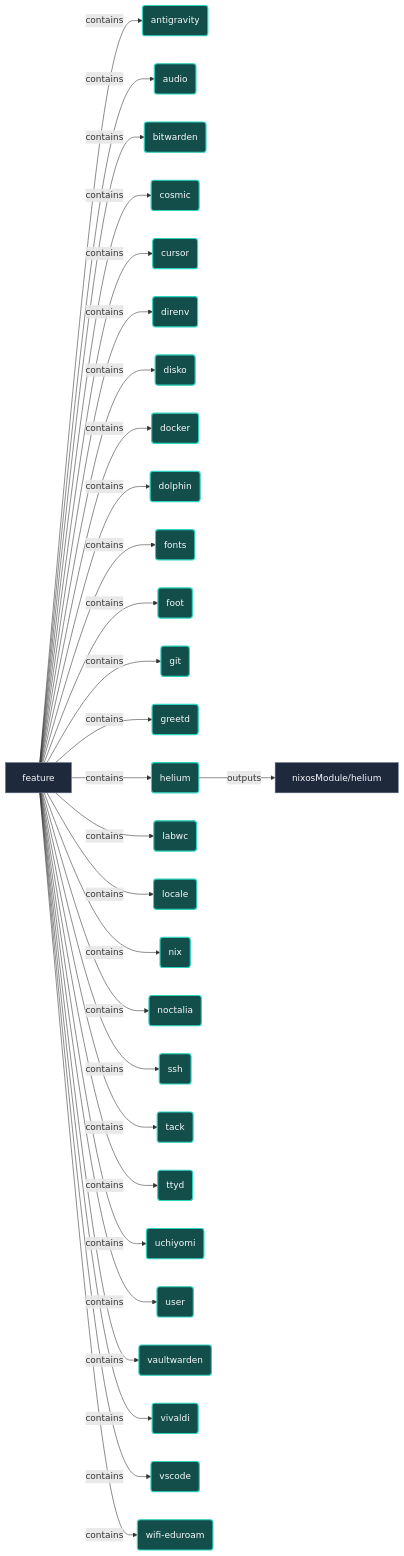
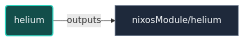
The diagram in docs/features/helium.md (LW-54/nixconf), drawn with Mermaid before and after one commit. The commit also changed other lines of this file and 180 other files, not shown here.

Commit message:
docs: refactor and polish documentation system architecture

````diff
--- a/docs/features/helium.md
+++ b/docs/features/helium.md
@@ -15,93 +13,13 @@
 ```mermaid
 flowchart LR
   urn__nixconf__ast__module__helium["nixosModule/helium"]:::defaultNode
-    urn__nixconf__onto__feature__antigravity("antigravity"):::featureNode
-    urn__nixconf__onto__feature__audio("audio"):::featureNode
-    urn__nixconf__onto__feature__bitwarden("bitwarden"):::featureNode
-    urn__nixconf__onto__feature__cosmic("cosmic"):::featureNode
-    urn__nixconf__onto__feature__cursor("cursor"):::featureNode
-    urn__nixconf__onto__feature__direnv("direnv"):::featureNode
-    urn__nixconf__onto__feature__disko("disko"):::featureNode
-    urn__nixconf__onto__feature__docker("docker"):::featureNode
-    urn__nixconf__onto__feature__dolphin("dolphin"):::featureNode
-    urn__nixconf__onto__feature__fonts("fonts"):::featureNode
-    urn__nixconf__onto__feature__foot("foot"):::featureNode
-    urn__nixconf__onto__feature__git("git"):::featureNode
-    urn__nixconf__onto__feature__greetd("greetd"):::featureNode
     urn__nixconf__onto__feature__helium("helium"):::featureNode
-    urn__nixconf__onto__feature__labwc("labwc"):::featureNode
-    urn__nixconf__onto__feature__locale("locale"):::featureNode
-    urn__nixconf__onto__feature__nix("nix"):::featureNode
-    urn__nixconf__onto__feature__noctalia("noctalia"):::featureNode
-    urn__nixconf__onto__feature__ssh("ssh"):::featureNode
-    urn__nixconf__onto__feature__tack("tack"):::featureNode
-    urn__nixconf__onto__feature__ttyd("ttyd"):::featureNode
-    urn__nixconf__onto__feature__uchiyomi("uchiyomi"):::featureNode
-    urn__nixconf__onto__feature__user("user"):::featureNode
-    urn__nixconf__onto__feature__vaultwarden("vaultwarden"):::featureNode
-    urn__nixconf__onto__feature__vivaldi("vivaldi"):::featureNode
-    urn__nixconf__onto__feature__vscode("vscode"):::featureNode
-    urn__nixconf__onto__feature__wifi_eduroam("wifi-eduroam"):::featureNode
-    urn__nixconf__onto__primitive__feature["feature"]:::defaultNode
 
     urn__nixconf__onto__feature__helium -->|outputs| urn__nixconf__ast__module__helium
-    urn__nixconf__onto__primitive__feature -->|contains| urn__nixconf__onto__feature__antigravity
-    urn__nixconf__onto__primitive__feature -->|contains| urn__nixconf__onto__feature__audio
-    urn__nixconf__onto__primitive__feature -->|contains| urn__nixconf__onto__feature__bitwarden
-    urn__nixconf__onto__primitive__feature -->|contains| urn__nixconf__onto__feature__cosmic
-    urn__nixconf__onto__primitive__feature -->|contains| urn__nixconf__onto__feature__cursor
-    urn__nixconf__onto__primitive__feature -->|contains| urn__nixconf__onto__feature__direnv
-    urn__nixconf__onto__primitive__feature -->|contains| urn__nixconf__onto__feature__disko
-    urn__nixconf__onto__primitive__feature -->|contains| urn__nixconf__onto__feature__docker
-    urn__nixconf__onto__primitive__feature -->|contains| urn__nixconf__onto__feature__dolphin
-    urn__nixconf__onto__primitive__feature -->|contains| urn__nixconf__onto__feature__fonts
-    urn__nixconf__onto__primitive__feature -->|contains| urn__nixconf__onto__feature__foot
-    urn__nixconf__onto__primitive__feature -->|contains| urn__nixconf__onto__feature__git
-    urn__nixconf__onto__primitive__feature -->|contains| urn__nixconf__onto__feature__greetd
-    urn__nixconf__onto__primitive__feature -->|contains| urn__nixconf__onto__feature__helium
-    urn__nixconf__onto__primitive__feature -->|contains| urn__nixconf__onto__feature__labwc
-    urn__nixconf__onto__primitive__feature -->|contains| urn__nixconf__onto__feature__locale
-    urn__nixconf__onto__primitive__feature -->|contains| urn__nixconf__onto__feature__nix
-    urn__nixconf__onto__primitive__feature -->|contains| urn__nixconf__onto__feature__noctalia
-    urn__nixconf__onto__primitive__feature -->|contains| urn__nixconf__onto__feature__ssh
-    urn__nixconf__onto__primitive__feature -->|contains| urn__nixconf__onto__feature__tack
-    urn__nixconf__onto__primitive__feature -->|contains| urn__nixconf__onto__feature__ttyd
-    urn__nixconf__onto__primitive__feature -->|contains| urn__nixconf__onto__feature__uchiyomi
-    urn__nixconf__onto__primitive__feature -->|contains| urn__nixconf__onto__feature__user
-    urn__nixconf__onto__primitive__feature -->|contains| urn__nixconf__onto__feature__vaultwarden
-    urn__nixconf__onto__primitive__feature -->|contains| urn__nixconf__onto__feature__vivaldi
-    urn__nixconf__onto__primitive__feature -->|contains| urn__nixconf__onto__feature__vscode
-    urn__nixconf__onto__primitive__feature -->|contains| urn__nixconf__onto__feature__wifi_eduroam
 
 
     click urn__nixconf__ast__module__helium href "../modules/helium.md" "helium"
-    click urn__nixconf__onto__feature__antigravity href "../features/antigravity.md" "antigravity"
-    click urn__nixconf__onto__feature__audio href "../features/audio.md" "audio"
-    click urn__nixconf__onto__feature__bitwarden href "../features/bitwarden.md" "bitwarden"
-    click urn__nixconf__onto__feature__cosmic href "../features/cosmic.md" "cosmic"
-    click urn__nixconf__onto__feature__cursor href "../features/cursor.md" "cursor"
-    click urn__nixconf__onto__feature__direnv href "../features/direnv.md" "direnv"
-    click urn__nixconf__onto__feature__disko href "../features/disko.md" "disko"
-    click urn__nixconf__onto__feature__docker href "../features/docker.md" "docker"
-    click urn__nixconf__onto__feature__dolphin href "../features/dolphin.md" "dolphin"
-    click urn__nixconf__onto__feature__fonts href "../features/fonts.md" "fonts"
-    click urn__nixconf__onto__feature__foot href "../features/foot.md" "foot"
-    click urn__nixconf__onto__feature__git href "../features/git.md" "git"
-    click urn__nixconf__onto__feature__greetd href "../features/greetd.md" "greetd"
-    click urn__nixconf__onto__feature__helium href "../features/helium.md" "helium"
-    click urn__nixconf__onto__feature__labwc href "../features/labwc.md" "labwc"
-    click urn__nixconf__onto__feature__locale href "../features/locale.md" "locale"
-    click urn__nixconf__onto__feature__nix href "../features/nix.md" "nix"
-    click urn__nixconf__onto__feature__noctalia href "../features/noctalia.md" "noctalia"
-    click urn__nixconf__onto__feature__ssh href "../features/ssh.md" "ssh"
-    click urn__nixconf__onto__feature__tack href "../features/tack.md" "tack"
-    click urn__nixconf__onto__feature__ttyd href "../features/ttyd.md" "ttyd"
-    click urn__nixconf__onto__feature__uchiyomi href "../features/uchiyomi.md" "uchiyomi"
-    click urn__nixconf__onto__feature__user href "../features/user.md" "user"
-    click urn__nixconf__onto__feature__vaultwarden href "../features/vaultwarden.md" "vaultwarden"
-    click urn__nixconf__onto__feature__vivaldi href "../features/vivaldi.md" "vivaldi"
-    click urn__nixconf__onto__feature__vscode href "../features/vscode.md" "vscode"
-    click urn__nixconf__onto__feature__wifi_eduroam href "../features/wifi-eduroam.md" "wifi-eduroam"
+    click urn__nixconf__onto__feature__helium href "helium.md" "helium"
 
   %% Semantic Visual Classes
   classDef hostNode fill:#1e293b,stroke:#38bdf8,stroke-width:2px,color:#f8fafc;
````
